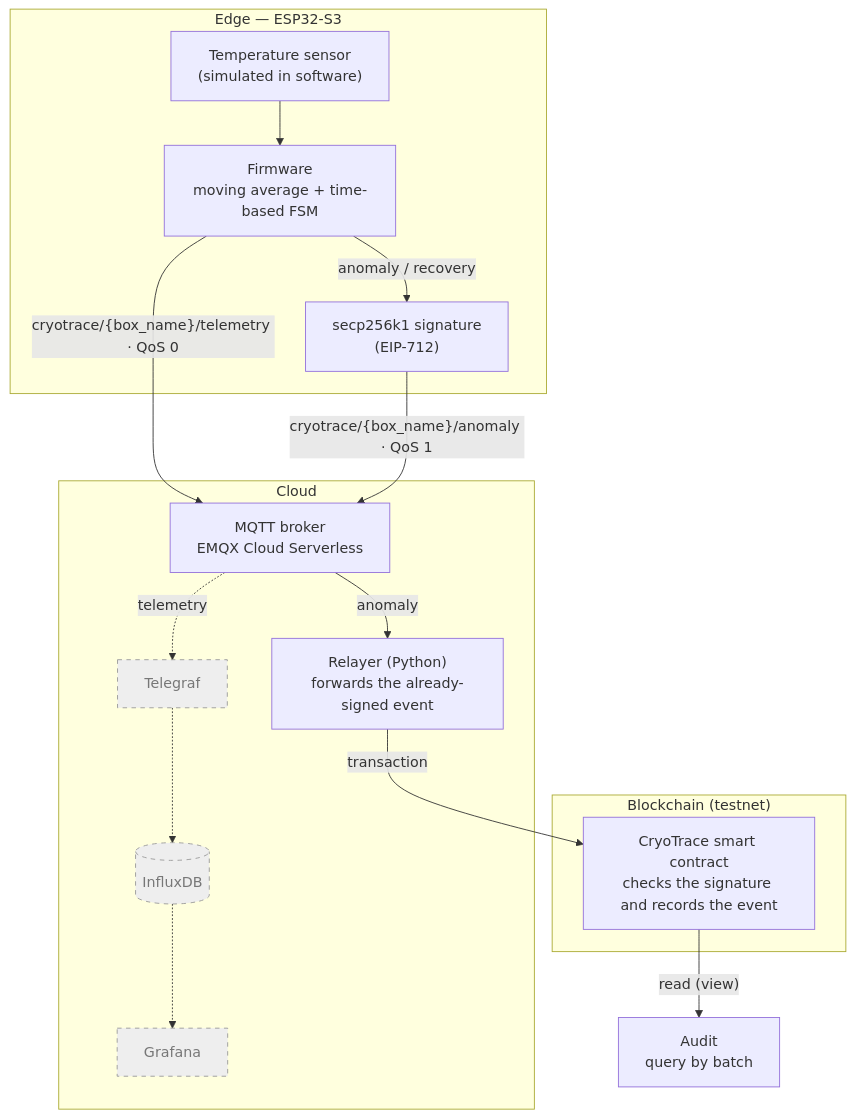
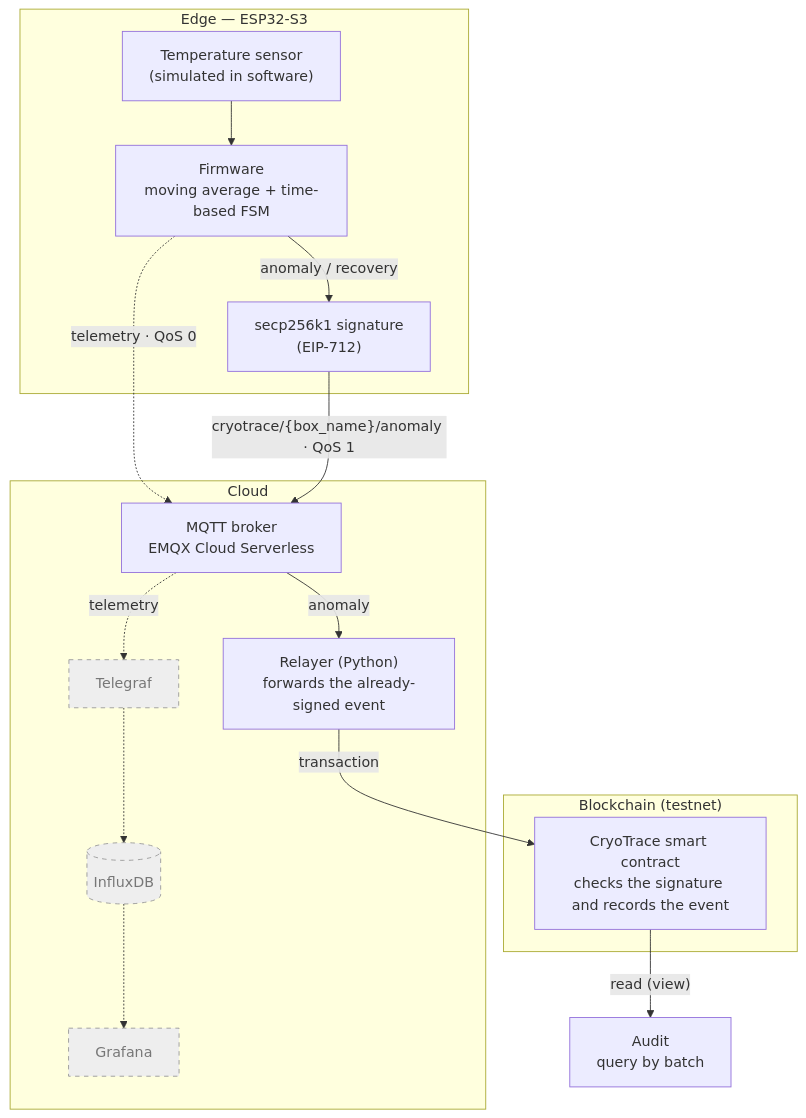
Before and after one commit to JoaoDant4s/CryoTrace: the diagram in README.md, drawn with Mermaid. The commit also changed other lines of this file and 24 other files, not shown here.

````diff
--- a/README.md
+++ b/README.md
@@ -12,37 +12,37 @@
 ```mermaid
 flowchart TB
     subgraph EDGE["Edge — ESP32-S3"]
         SENSOR["Temperature sensor<br/>(simulated in software)"]
         FW["Firmware<br/>moving average + time-based FSM"]
         SIGN["secp256k1 signature<br/>(EIP-712)"]
         SENSOR --> FW
         FW -- "anomaly / recovery" --> SIGN
     end
 
     subgraph CLOUD["Cloud"]
         BROKER["MQTT broker<br/>EMQX Cloud Serverless"]
         RELAYER["Relayer (Python)<br/>forwards the already-signed event"]
         TELEGRAF["Telegraf"]
         INFLUX[("InfluxDB")]
         GRAFANA["Grafana"]
     end
 
     subgraph CHAIN["Blockchain (testnet)"]
         SC["CryoTrace smart contract<br/>checks the signature and records the event"]
     end
 
     TERM["Audit<br/>query by batch"]
 
-    FW -- "cryotrace/{box_name}/telemetry · QoS 0" --> BROKER
+    FW -. "telemetry · QoS 0" .-> BROKER
     SIGN -- "cryotrace/{box_name}/anomaly · QoS 1" --> BROKER
     BROKER -- "anomaly" --> RELAYER
     RELAYER -- "transaction" --> SC
     SC -- "read (view)" --> TERM
 
     BROKER -. "telemetry" .-> TELEGRAF
     TELEGRAF -.-> INFLUX
     INFLUX -.-> GRAFANA
 
     classDef out fill:#eeeeee,stroke:#999999,stroke-dasharray:5 5,color:#777777
     class TELEGRAF,INFLUX,GRAFANA out
 ```
````
